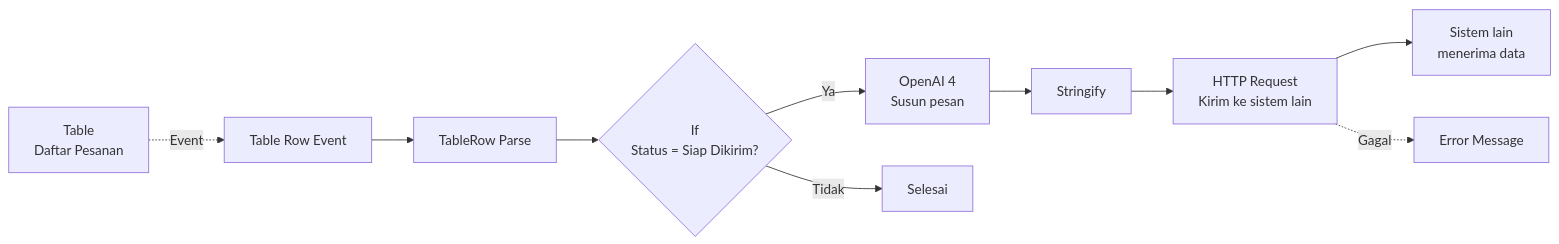
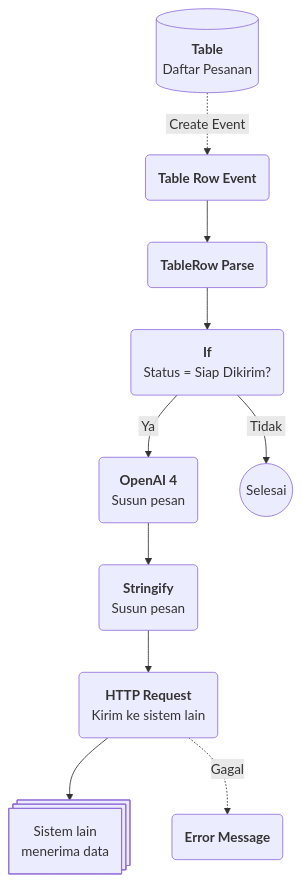
The second of 2 diagrams in Docs/Modul Logic/Flow/Apa itu Flow.md (ginalne/phoenix-docs), drawn with Mermaid before and after one commit. The commit also changed other lines of this file and 2 other files, not shown here.

Commit message:
Update 3 pages

````diff
--- a/Docs/Modul Logic/Flow/Apa itu Flow.md
+++ b/Docs/Modul Logic/Flow/Apa itu Flow.md
@@ -156,12 +155,12 @@
 ```mermaid
-flowchart LR
-    T["Table<br/>Daftar Pesanan"] -.->|Event| E["Table Row Event"]
-    E --> P["TableRow Parse"]
-    P --> I{"If<br/>Status = Siap Dikirim?"}
-    I -->|Ya| A["OpenAI 4<br/>Susun pesan"]
-    I -->|Tidak| X["Selesai"]
-    A --> S["Stringify"]
-    S --> H["HTTP Request<br/>Kirim ke sistem lain"]
-    H --> O["Sistem lain<br/>menerima data"]
-    H -.->|Gagal| ER["Error Message"]
+flowchart TB
+    T@{ shape: database, label: "**Table**<br/>Daftar Pesanan" } -.->|&nbsp;Create Event&nbsp;| E@{ shape: rounded, label: "**Table Row Event**" }
+    E --> P@{ shape: rounded, label: "**TableRow Parse**" }
+    P --> I@{ shape: rounded, label: "**If**<br>Status = Siap Dikirim?" }
+    I -->|&nbsp;Ya&nbsp;| A@{ shape: rounded, label: "**OpenAI 4**<br/>Susun pesan"}
+    I -->|&nbsp;Tidak&nbsp;| X@{ shape: circle, label: "Selesai" }
+    A --> S@{ shape: rounded, label: "**Stringify**<br/>Susun pesan"}
+    S --> H@{ shape: rounded, label: "**HTTP Request**<br/>Kirim ke sistem lain"}
+    H --> O@{ shape: processes, label: "Sistem lain<br/>menerima data" }
+    H -.->|Gagal| ER@{ shape: rounded, label: "**Error Message**"}
 ```
````
